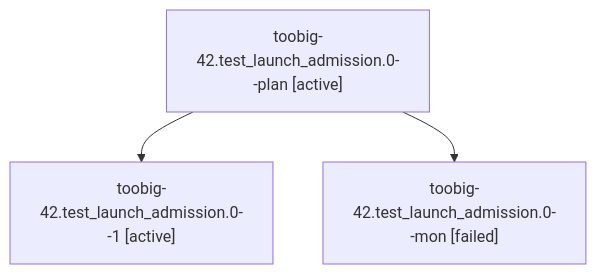
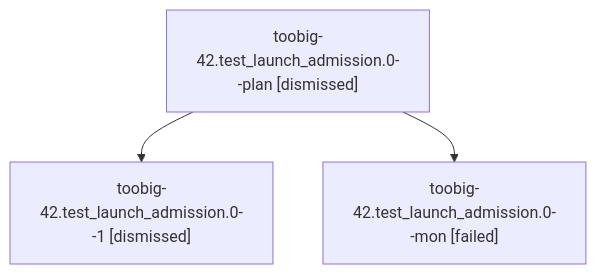
Before and after one commit to sase-org/sase--agents: the diagram in sessions/bbugyi200.athena.toobig-42.test_launch_admission.0.md, drawn with Mermaid. The commit also changed other lines of this file and 88 other files, not shown here.

````diff
--- a/sessions/bbugyi200.athena.toobig-42.test_launch_admission.0.md
+++ b/sessions/bbugyi200.athena.toobig-42.test_launch_admission.0.md
@@ -9,8 +9,8 @@
 ```mermaid
 flowchart TD
-  n0["toobig-42.test_launch_admission.0--plan [active]"]
-  n1["toobig-42.test_launch_admission.0--1 [active]"]
+  n0["toobig-42.test_launch_admission.0--plan [dismissed]"]
+  n1["toobig-42.test_launch_admission.0--1 [dismissed]"]
   n0 --> n1
   n2["toobig-42.test_launch_admission.0--mon [failed]"]
   n0 --> n2
 ```
````
